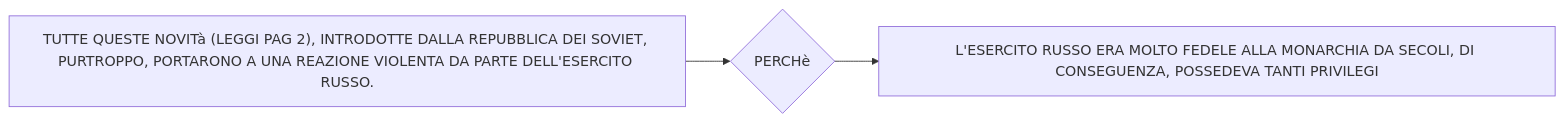
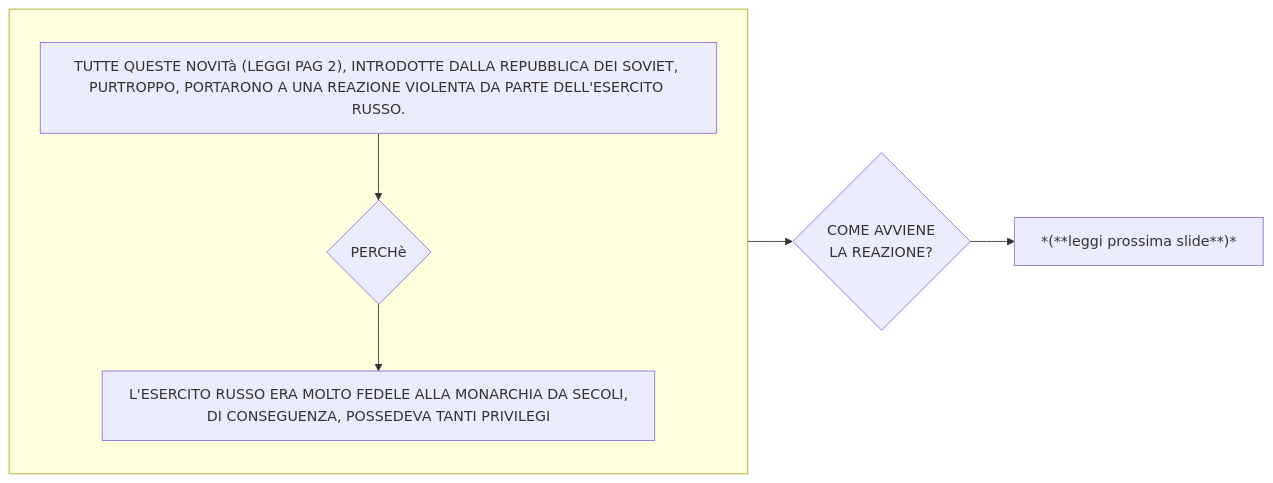
One commit to Laaouatni/ricerca-storia-MermaidJS changed the fourth of 4 diagrams in stalinismoRiscrittura.md. Above: the diagram before and after it, drawn with Mermaid.

````diff
--- a/stalinismoRiscrittura.md
+++ b/stalinismoRiscrittura.md
@@ -64,8 +64,15 @@
 ```mermaid
 %%{init: { "flowchart": { "wrappingWidth": 700 } }}%%
 flowchart LR
-  0["TUTTE QUESTE NOVITà (LEGGI PAG 2), INTRODOTTE DALLA REPUBBLICA DEI SOVIET, <br>PURTROPPO, PORTARONO A UNA REAZIONE VIOLENTA DA PARTE DELL'ESERCITO RUSSO."]
-  1{PERCHè}
-  2[L'ESERCITO RUSSO ERA MOLTO FEDELE ALLA MONARCHIA DA SECOLI, DI CONSEGUENZA, POSSEDEVA TANTI PRIVILEGI]
-  0 --> 1 --> 2
+  subgraph 3[" "]
+    direction TB
+    0["TUTTE QUESTE NOVITà (LEGGI PAG 2), INTRODOTTE DALLA REPUBBLICA DEI SOVIET, <br>PURTROPPO, PORTARONO A UNA REAZIONE VIOLENTA DA PARTE DELL'ESERCITO RUSSO."]
+    1{PERCHè}
+    2[L'ESERCITO RUSSO ERA MOLTO FEDELE ALLA MONARCHIA DA SECOLI, <br> DI CONSEGUENZA, POSSEDEVA TANTI PRIVILEGI]
+    0 --> 1 --> 2
+  end
+  4{COME AVVIENE <br>LA REAZIONE?}
+  3 --> 4
+  40["*(**leggi prossima slide**)*"]
+  4 --> 40
 ```
````
